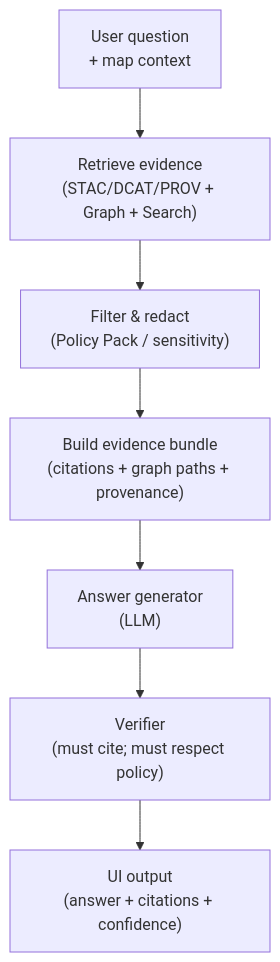
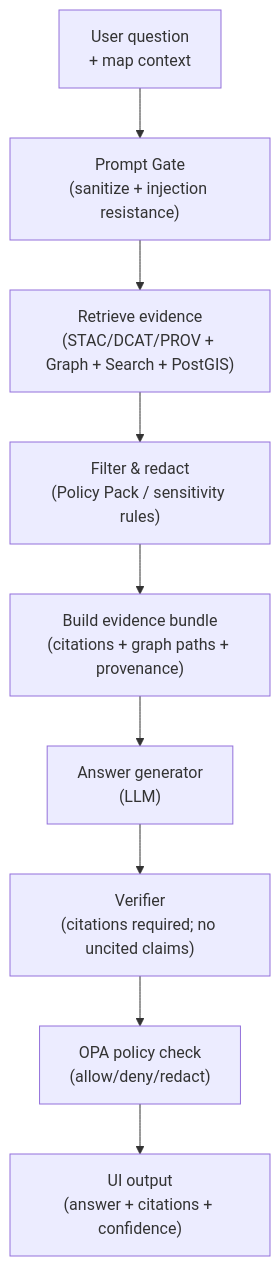
The third of 3 diagrams in README.md (bartytime4life/Kansas-Frontier-Matrix), drawn with Mermaid before and after one commit. The commit also changed other lines of this file, not shown here.

````diff
--- a/README.md
+++ b/README.md
@@ -450,9 +384,11 @@
 ```mermaid
 flowchart TD
-  Q["User question<br/>+ map context"] --> R["Retrieve evidence<br/>(STAC/DCAT/PROV + Graph + Search)"]
-  R --> F["Filter & redact<br/>(Policy Pack / sensitivity)"]
+  Q["User question<br/>+ map context"] --> PG["Prompt Gate<br/>(sanitize + injection resistance)"]
+  PG --> R["Retrieve evidence<br/>(STAC/DCAT/PROV + Graph + Search + PostGIS)"]
+  R --> F["Filter & redact<br/>(Policy Pack / sensitivity rules)"]
   F --> B["Build evidence bundle<br/>(citations + graph paths + provenance)"]
   B --> A["Answer generator<br/>(LLM)"]
-  A --> V["Verifier<br/>(must cite; must respect policy)"]
-  V --> U["UI output<br/>(answer + citations + confidence)"]
+  A --> V["Verifier<br/>(citations required; no uncited claims)"]
+  V --> O["OPA policy check<br/>(allow/deny/redact)"]
+  O --> U["UI output<br/>(answer + citations + confidence)"]
 ```
````
